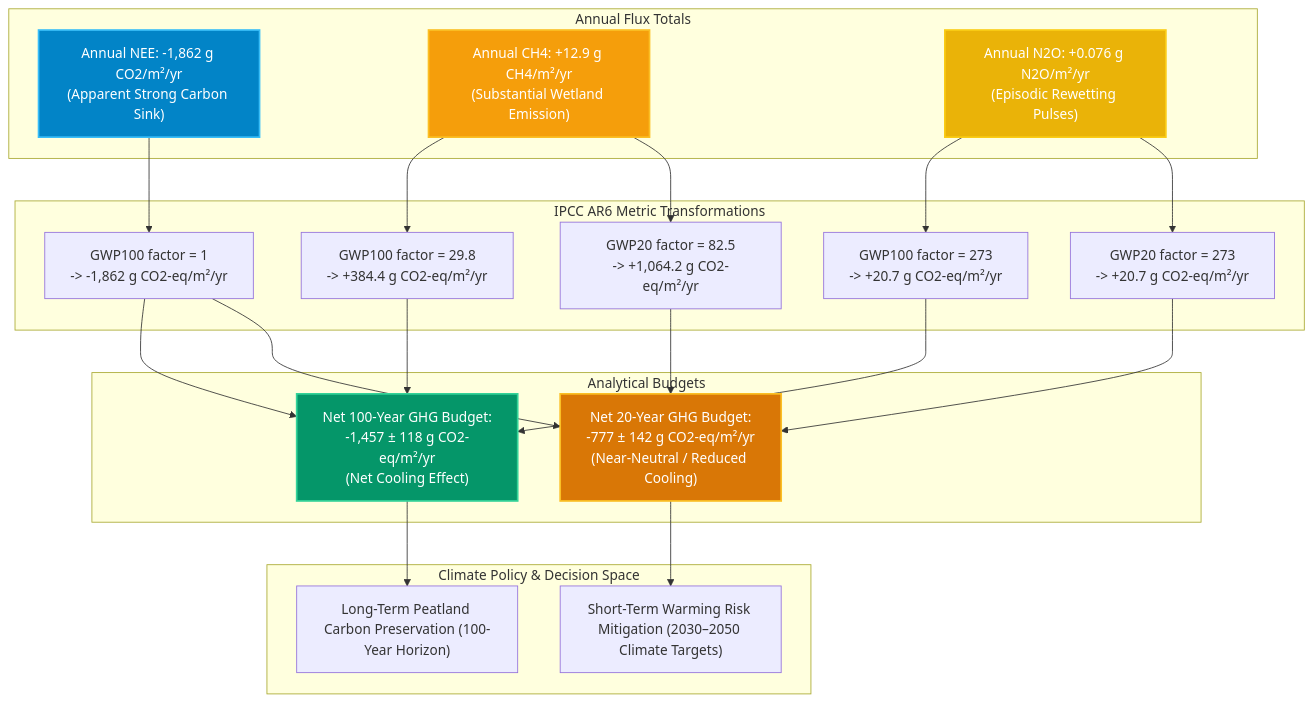
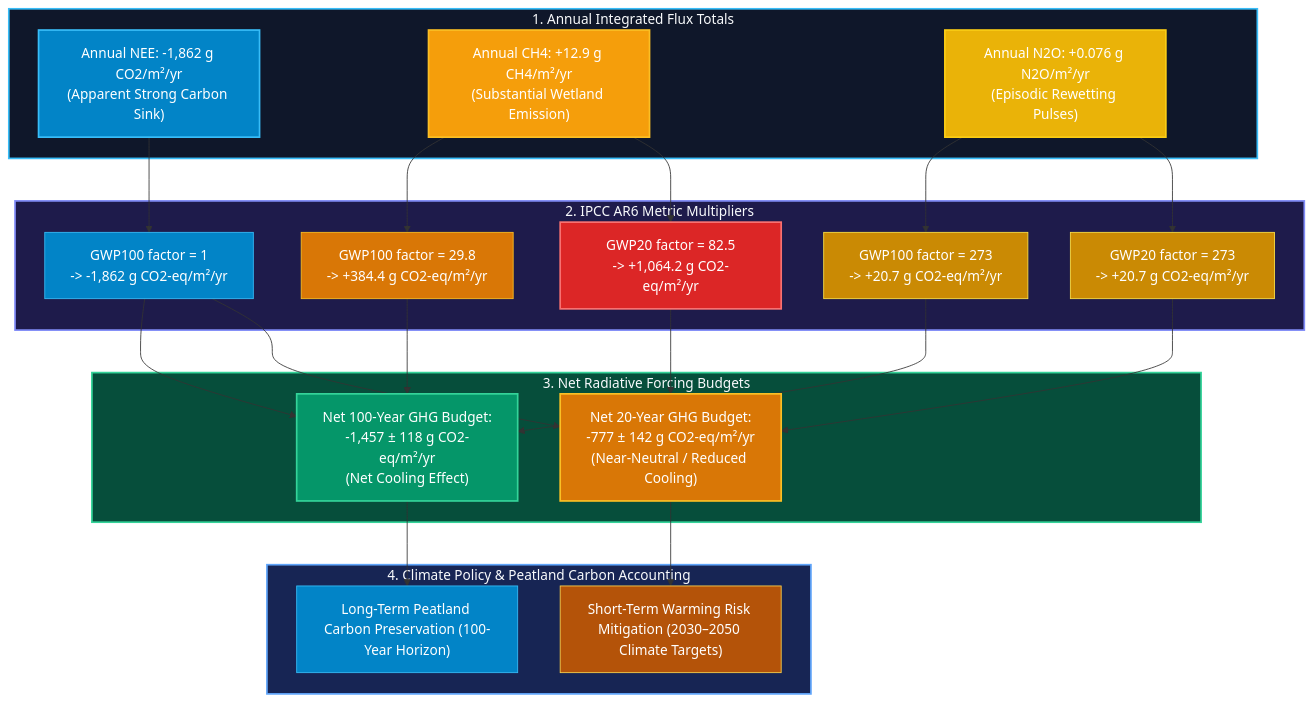
Before and after one commit to danisantanderurrutia-coder/wetland-monitor: the diagram in scripts_hub/mermaid/05_ghg_budget_radiative_forcing_pipeline.md, drawn with Mermaid. The commit also changed 11 other files, not shown here.

Commit message:
feat(hub): add twin architecture and data ingestion pipelines, RStudio syntax highlighting, and enhanced Mermaid diagrams

````diff
--- a/scripts_hub/mermaid/05_ghg_budget_radiative_forcing_pipeline.md
+++ b/scripts_hub/mermaid/05_ghg_budget_radiative_forcing_pipeline.md
@@ -5,33 +5,45 @@
 ```mermaid
 flowchart TD
-    subgraph Annual Flux Totals
+    subgraph Annual_Flux_Totals ["1. Annual Integrated Flux Totals"]
         CO2_Tot["Annual NEE: -1,862 g CO2/m²/yr\n(Apparent Strong Carbon Sink)"]
         CH4_Tot["Annual CH4: +12.9 g CH4/m²/yr\n(Substantial Wetland Emission)"]
         N2O_Tot["Annual N2O: +0.076 g N2O/m²/yr\n(Episodic Rewetting Pulses)"]
     end
 
-    subgraph IPCC AR6 Metric Transformations
+    subgraph IPCC_Transformations ["2. IPCC AR6 Metric Multipliers"]
         CO2_Tot --> GWP100_CO2["GWP100 factor = 1\n-> -1,862 g CO2-eq/m²/yr"]
         CH4_Tot --> GWP100_CH4["GWP100 factor = 29.8\n-> +384.4 g CO2-eq/m²/yr"]
         N2O_Tot --> GWP100_N2O["GWP100 factor = 273\n-> +20.7 g CO2-eq/m²/yr"]
         
         CH4_Tot --> GWP20_CH4["GWP20 factor = 82.5\n-> +1,064.2 g CO2-eq/m²/yr"]
         N2O_Tot --> GWP20_N2O["GWP20 factor = 273\n-> +20.7 g CO2-eq/m²/yr"]
     end
 
-    subgraph Analytical Budgets
+    subgraph Analytical_Budgets ["3. Net Radiative Forcing Budgets"]
         GWP100_CO2 & GWP100_CH4 & GWP100_N2O --> Budget100["Net 100-Year GHG Budget:\n-1,457 ± 118 g CO2-eq/m²/yr\n(Net Cooling Effect)"]
         GWP100_CO2 & GWP20_CH4 & GWP20_N2O --> Budget20["Net 20-Year GHG Budget:\n-777 ± 142 g CO2-eq/m²/yr\n(Near-Neutral / Reduced Cooling)"]
     end
 
-    subgraph Climate Policy & Decision Space
+    subgraph Policy_Decisions ["4. Climate Policy & Peatland Carbon Accounting"]
         Budget100 --> Outlook100["Long-Term Peatland Carbon Preservation (100-Year Horizon)"]
         Budget20 --> Outlook20["Short-Term Warming Risk Mitigation (2030–2050 Climate Targets)"]
     end
 
+    style Annual_Flux_Totals fill:#0f172a,stroke:#38bdf8,stroke-width:2px,color:#f8fafc
+    style IPCC_Transformations fill:#1e1b4b,stroke:#818cf8,stroke-width:2px,color:#f8fafc
+    style Analytical_Budgets fill:#064e3b,stroke:#34d399,stroke-width:2px,color:#f8fafc
+    style Policy_Decisions fill:#172554,stroke:#60a5fa,stroke-width:2px,color:#f8fafc
+
     style CO2_Tot fill:#0284c7,stroke:#38bdf8,stroke-width:2px,color:#ffffff
     style CH4_Tot fill:#f59e0b,stroke:#fbbf24,stroke-width:2px,color:#ffffff
     style N2O_Tot fill:#eab308,stroke:#facc15,stroke-width:2px,color:#ffffff
+    style GWP100_CO2 fill:#0284c7,stroke:#38bdf8,color:#ffffff
+    style GWP100_CH4 fill:#d97706,stroke:#fbbf24,color:#ffffff
+    style GWP100_N2O fill:#ca8a04,stroke:#fde047,color:#ffffff
+    style GWP20_CH4 fill:#dc2626,stroke:#f87171,stroke-width:2px,color:#ffffff
+    style GWP20_N2O fill:#ca8a04,stroke:#fde047,color:#ffffff
     style Budget100 fill:#059669,stroke:#34d399,stroke-width:2px,color:#ffffff
     style Budget20 fill:#d97706,stroke:#fbbf24,stroke-width:2px,color:#ffffff
+    style Outlook100 fill:#0284c7,stroke:#38bdf8,color:#ffffff
+    style Outlook20 fill:#b45309,stroke:#fcd34d,color:#ffffff
 ```
````
